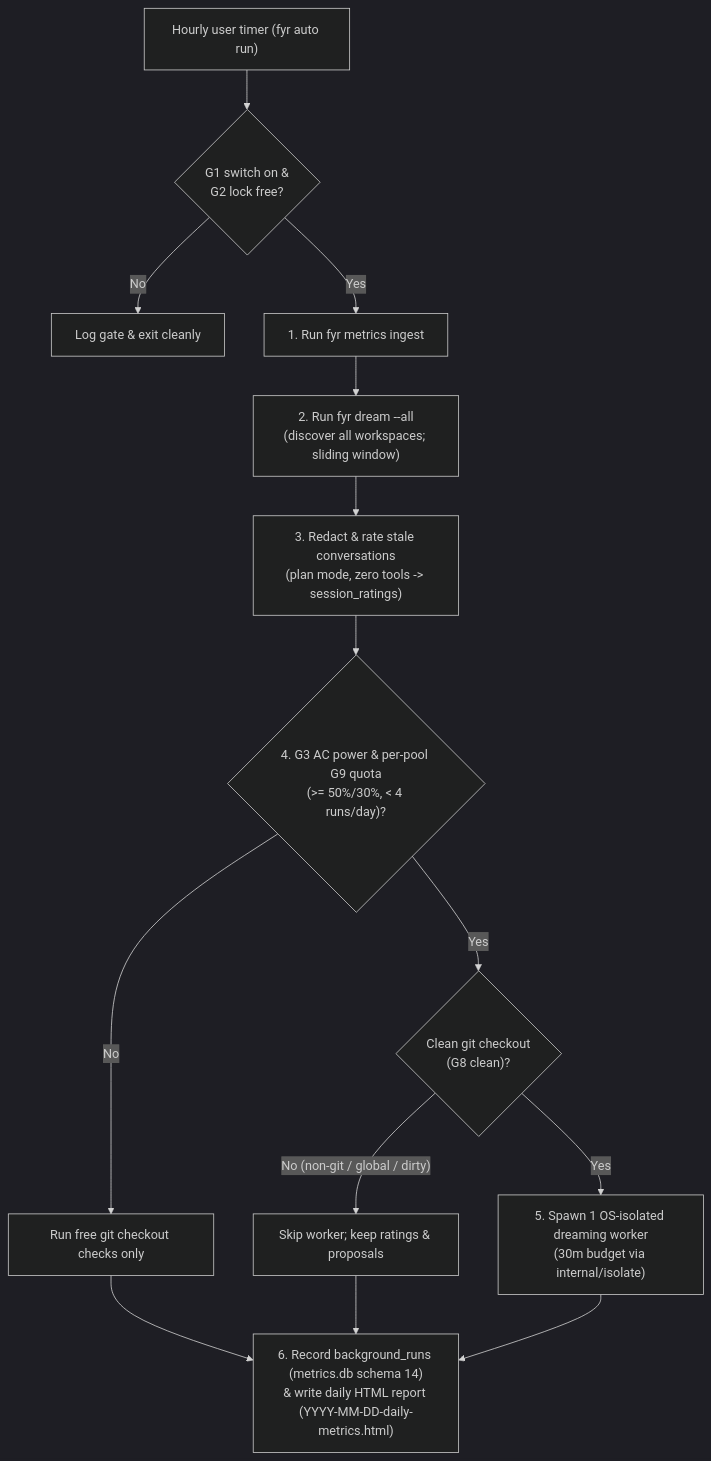
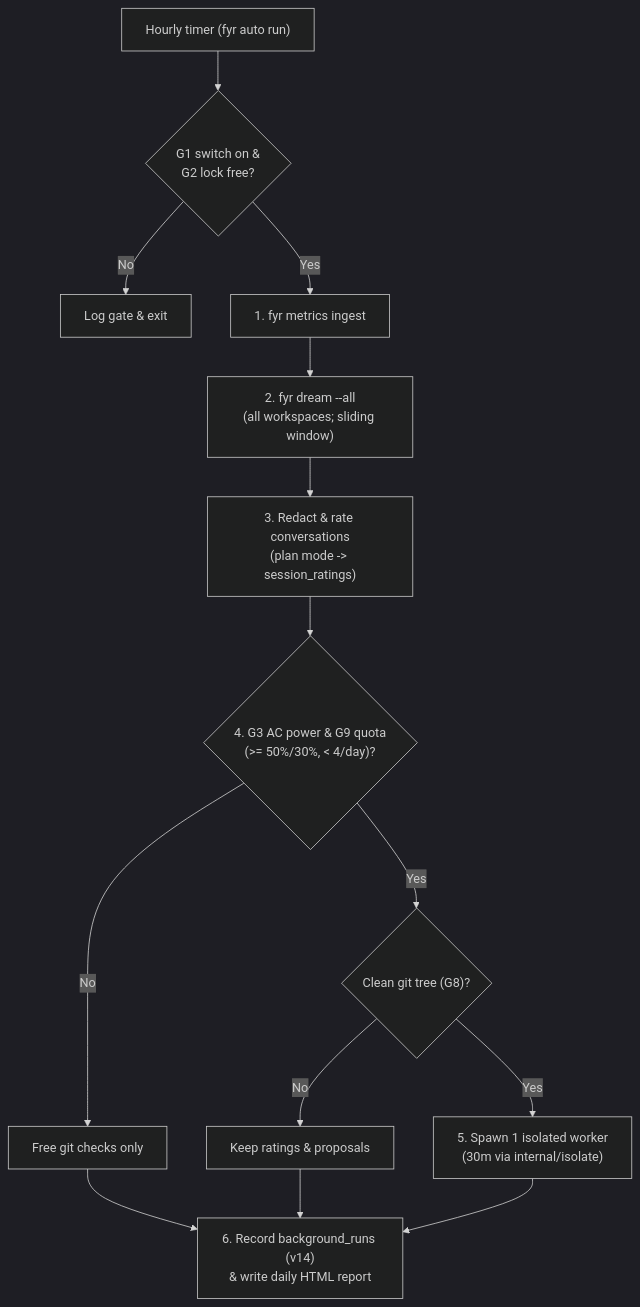
Before and after one commit to kesokaj/fyr: the first of 2 diagrams in features/dream-and-auto.md, drawn with Mermaid (dark theme). The commit also changed other lines of this file and 3 other files, not shown here.

````diff
--- a/features/dream-and-auto.md
+++ b/features/dream-and-auto.md
@@ -9,16 +9,16 @@
 ```mermaid
 flowchart TD
-    timerTick["Hourly user timer (fyr auto run)"] --> g1Switch{"G1 switch on &\nG2 lock free?"}
-    g1Switch -- "No" --> stopEarly["Log gate & exit cleanly"]
-    g1Switch -- "Yes" --> ingestStep["1. Run fyr metrics ingest"]
-    ingestStep --> dreamStep["2. Run fyr dream --all\n(discover all workspaces; sliding window)"]
-    dreamStep --> rateStep["3. Redact & rate stale conversations\n(plan mode, zero tools -> session_ratings)"]
-    rateStep --> machineGates{"4. G3 AC power & per-pool G9 quota\n(>= 50%/30%, < 4 runs/day)?"}
-    machineGates -- "No" --> freeChecks["Run free git checkout checks only"]
-    machineGates -- "Yes" --> workerGate{"Clean git checkout\n(G8 clean)?"}
-    workerGate -- "No (non-git / global / dirty)" --> keepProposals["Skip worker; keep ratings & proposals"]
-    workerGate -- "Yes" --> runWorker["5. Spawn 1 OS-isolated dreaming worker\n(30m budget via internal/isolate)"]
-    freeChecks --> finishStep["6. Record background_runs (metrics.db schema 14)\n& write daily HTML report (YYYY-MM-DD-daily-metrics.html)"]
+    timerTick["Hourly timer (fyr auto run)"] --> g1Switch{"G1 switch on &\nG2 lock free?"}
+    g1Switch -- "No" --> stopEarly["Log gate & exit"]
+    g1Switch -- "Yes" --> ingestStep["1. fyr metrics ingest"]
+    ingestStep --> dreamStep["2. fyr dream --all\n(all workspaces; sliding window)"]
+    dreamStep --> rateStep["3. Redact & rate conversations\n(plan mode -> session_ratings)"]
+    rateStep --> machineGates{"4. G3 AC power & G9 quota\n(>= 50%/30%, < 4/day)?"}
+    machineGates -- "No" --> freeChecks["Free git checks only"]
+    machineGates -- "Yes" --> workerGate{"Clean git tree (G8)?"}
+    workerGate -- "No" --> keepProposals["Keep ratings & proposals"]
+    workerGate -- "Yes" --> runWorker["5. Spawn 1 isolated worker\n(30m via internal/isolate)"]
+    freeChecks --> finishStep["6. Record background_runs (v14)\n& write daily HTML report"]
     keepProposals --> finishStep
     runWorker --> finishStep
 ```
````
